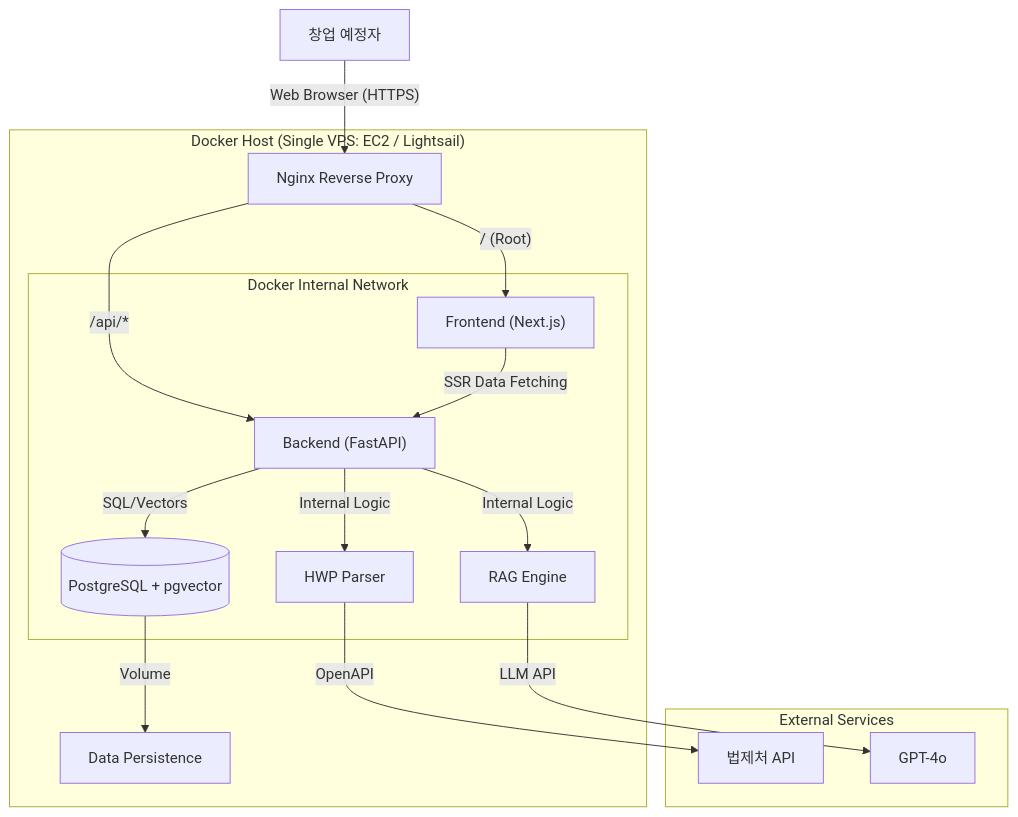
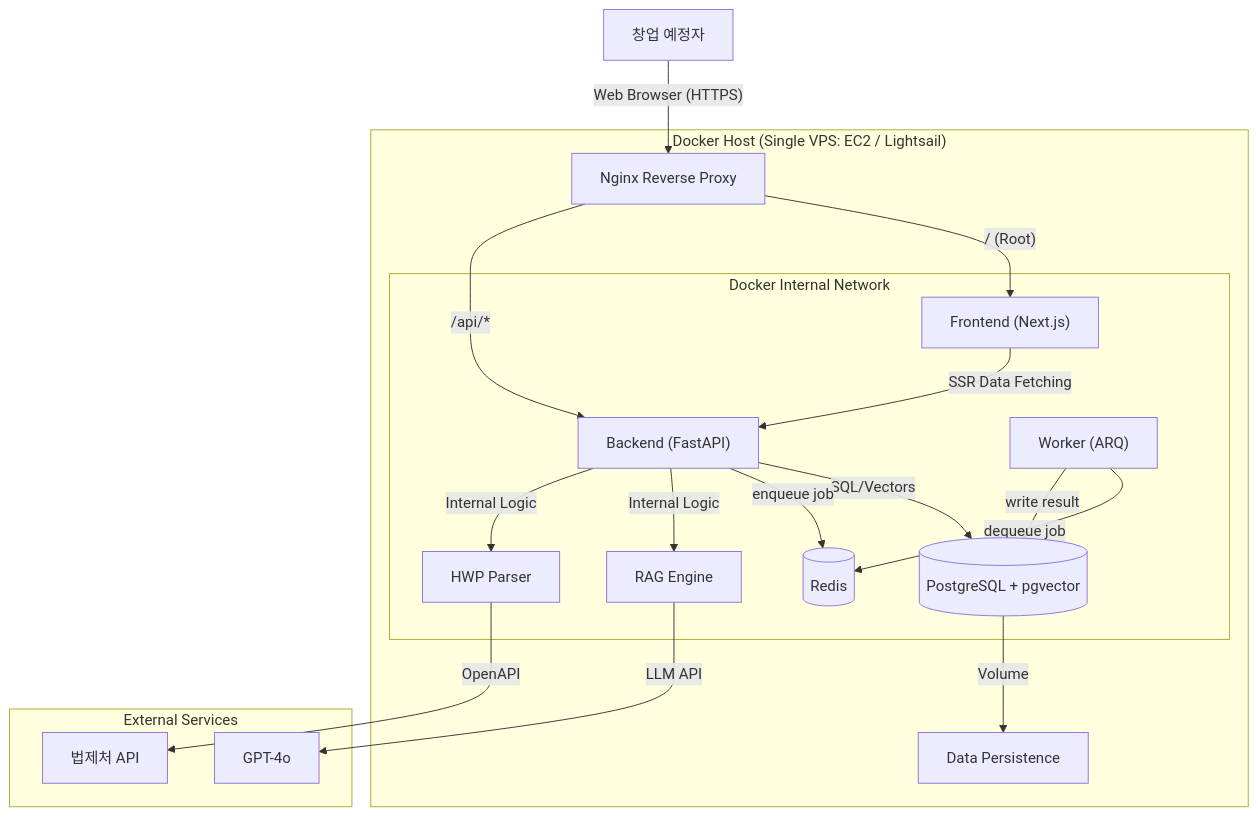
The diagram in docs/architecture/StepZero_Tech_Architecture.md (lastdays03/step-zero), drawn with Mermaid before and after one commit. The commit also changed other lines of this file and 37 other files, not shown here.

Commit message:
feat: implement roadmap async generation and execution workflow

````diff
--- a/docs/architecture/StepZero_Tech_Architecture.md
+++ b/docs/architecture/StepZero_Tech_Architecture.md
@@ -13,24 +13,27 @@
 ```mermaid
 graph TD
     User["창업 예정자"] --> |"Web Browser (HTTPS)"| Nginx["Nginx Reverse Proxy"]
     
     subgraph "Docker Host (Single VPS: EC2 / Lightsail)"
         Nginx --> |"/ (Root)"| FE_Container["Frontend (Next.js)"]
         Nginx --> |"/api/*"| BE_Container["Backend (FastAPI)"]
         
         subgraph "Docker Internal Network"
             FE_Container --> |"SSR Data Fetching"| BE_Container
             BE_Container --> |"SQL/Vectors"| DB_Container[("PostgreSQL + pgvector")]
+            BE_Container --> |"enqueue job"| Redis_Container[("Redis")]
+            Worker_Container["Worker (ARQ)"] --> |"dequeue job"| Redis_Container
+            Worker_Container --> |"write result"| DB_Container
             
             BE_Container --> |"Internal Logic"| RAG["RAG Engine"]
             BE_Container --> |"Internal Logic"| Parser["HWP Parser"]
         end
         
         DB_Container --> |"Volume"| Volume["Data Persistence"]
     end
     
     subgraph "External Services"
         Parser --> |"OpenAPI"| MOLEG["법제처 API"]
         RAG --> |"LLM API"| OpenAI["GPT-4o"]
     end
 ```
````
